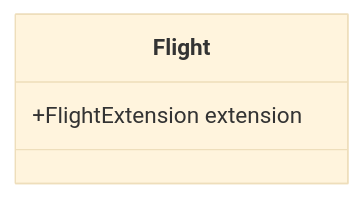
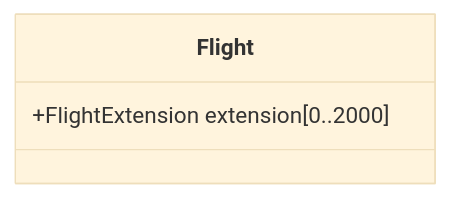
The second of 2 diagrams in docs/fixm/FIXM_UML_in_mermaid.md (du-lapin/test_docsify), drawn with Mermaid (base theme) before and after one commit.

````diff
--- a/docs/fixm/FIXM_UML_in_mermaid.md
+++ b/docs/fixm/FIXM_UML_in_mermaid.md
@@ -24,5 +24,5 @@
 ```mermaid
 classDiagram
 class Flight
-Flight : +FlightExtension extension
+Flight : +FlightExtension extension[0..2000]
 ```
````
